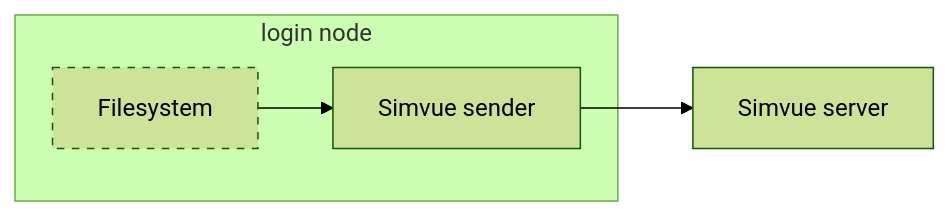
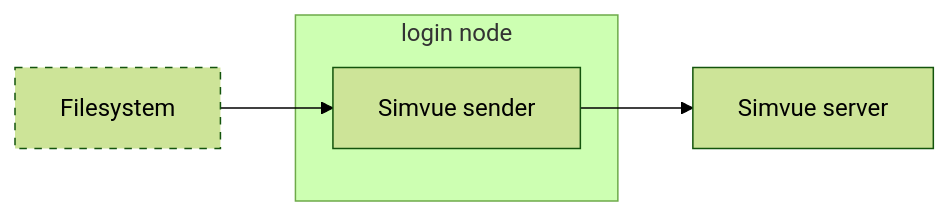
One commit to simvue-io/docs changed the third of 3 diagrams in docs/python-client/getting-started.md. Above: the diagram before and after it, drawn with Mermaid (forest theme). The commit also changed other lines of this file, not shown here.

Commit message:
Move filesystem box in diagrams outside of worker node

````diff
--- a/docs/python-client/getting-started.md
+++ b/docs/python-client/getting-started.md
@@ -71,8 +72,9 @@
 ``` mermaid
 graph LR
 subgraph "login node"
-  B[Filesystem] --> C[Simvue sender];
+  C[Simvue sender];
   style B stroke-dasharray: 5 5
 end
+B[Filesystem] --> C[Simvue sender];
 C --> D[Simvue server];
 ```
````
